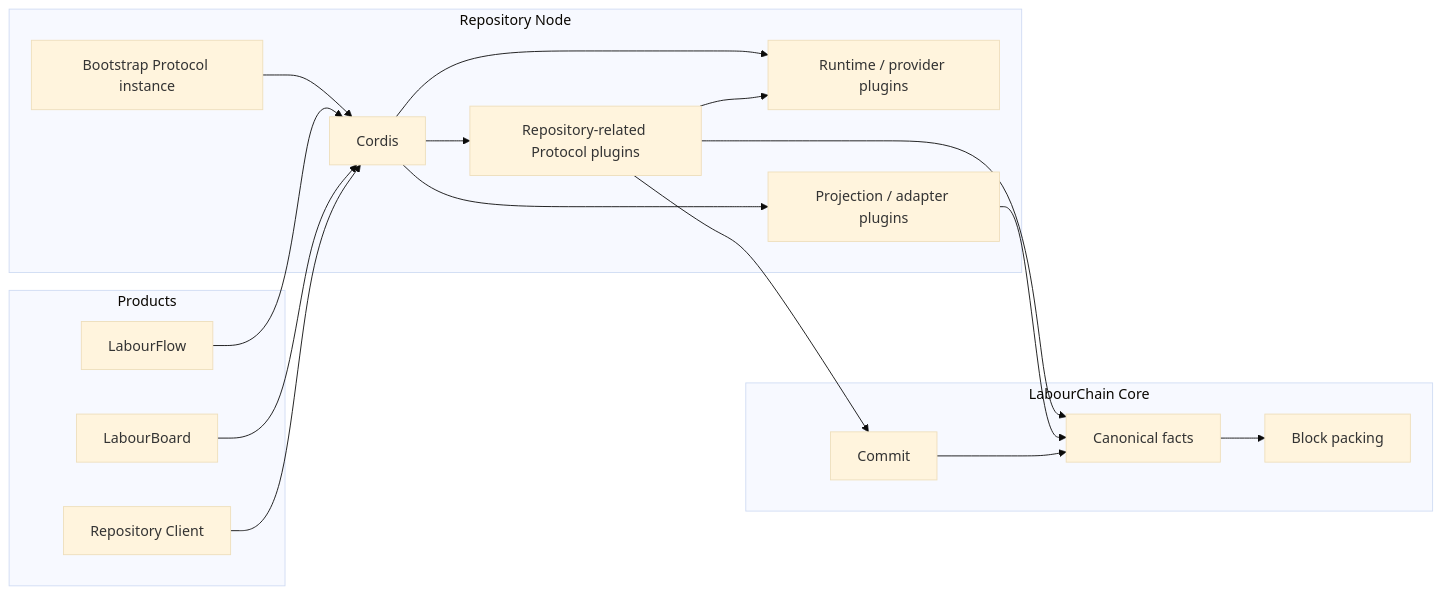
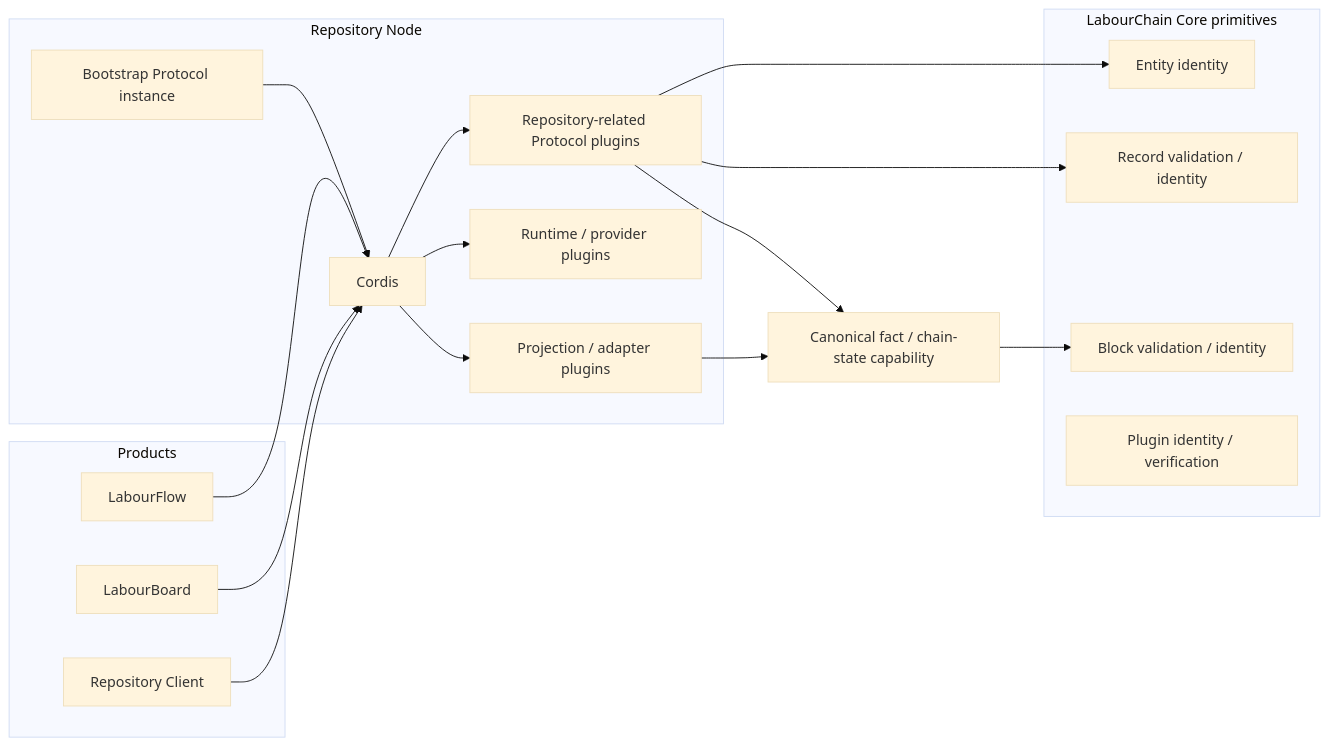
The second of 5 diagrams in docs/architecture.md (labourchain/repository), drawn with Mermaid (base theme) before and after one commit. The commit also changed other lines of this file, not shown here.

Commit message:
docs: clarify canonical fact access boundary

````diff
--- a/docs/architecture.md
+++ b/docs/architecture.md
@@ -96,38 +115,40 @@
 ```mermaid
 flowchart LR
     subgraph Products["Products"]
         Flow["LabourFlow"]
         Board["LabourBoard"]
         Client["Repository Client"]
     end
 
     subgraph Node["Repository Node"]
         Bootstrap["Bootstrap Protocol instance"]
         Cordis["Cordis"]
         RepoPlugins["Repository-related Protocol plugins"]
         Providers["Runtime / provider plugins"]
         Views["Projection / adapter plugins"]
     end
 
-    subgraph Core["LabourChain Core"]
-        Facts["Canonical facts"]
-        Commit["Commit"]
-        Block["Block packing"]
+    subgraph Core["LabourChain Core primitives"]
+        Entity["Entity identity"]
+        Record["Record validation / identity"]
+        Block["Block validation / identity"]
+        Plugin["Plugin identity / verification"]
     end
+
+    Chain["Canonical fact / chain-state capability"]
 
     Bootstrap --> Cordis
     Cordis --> RepoPlugins
     Cordis --> Providers
     Cordis --> Views
 
     Flow --> Cordis
     Board --> Cordis
     Client --> Cordis
 
-    RepoPlugins --> Providers
-    RepoPlugins --> Facts
-    RepoPlugins --> Commit
-    Views --> Facts
-    Commit --> Facts
-    Facts --> Block
+    RepoPlugins --> Entity
+    RepoPlugins --> Record
+    RepoPlugins --> Chain
+    Views --> Chain
+    Chain --> Block
 ```
````
